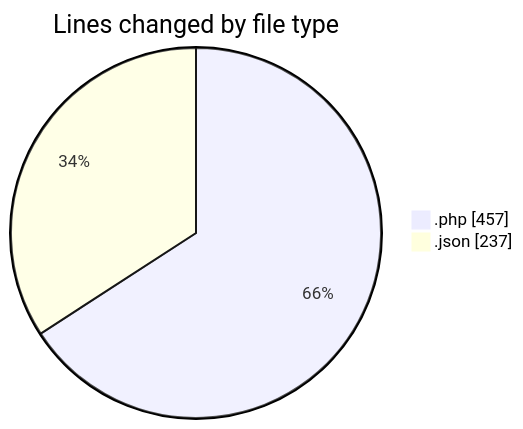
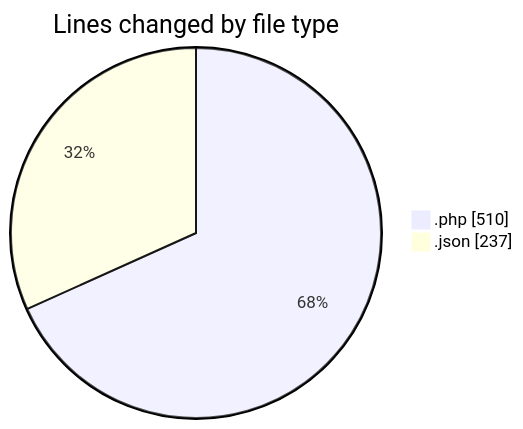
One commit to idhammustaqopulfikri/code-tracking changed the first of 2 diagrams in 2025-06-02/studio-backend/README.md. Above: the diagram before and after it, drawn with Mermaid. The commit also changed other lines of this file and 1 other file, not shown here.

````diff
--- a/2025-06-02/studio-backend/README.md
+++ b/2025-06-02/studio-backend/README.md
@@ -27,6 +28,6 @@
 ```mermaid
 pie showData
 title Lines changed by file type
-".php" : 457
+".php" : 510
 ".json" : 237
 ```
````
